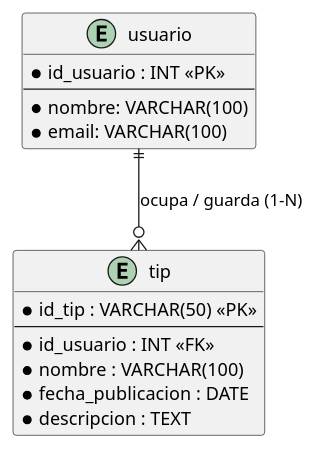
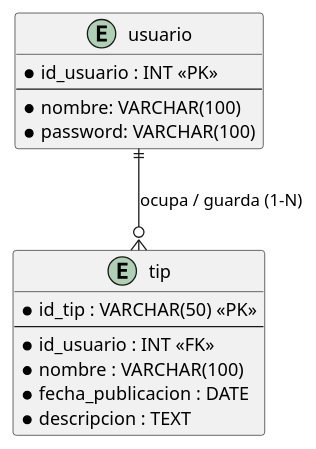
Before and after one commit to areyes4rmdfa-dev/Examen2Reyes: the diagram in Aprendizaje.puml, drawn with PlantUML.

Commit message:
Version 1 Examen Reyes IS 3

```diff
--- a/Aprendizaje.puml
+++ b/Aprendizaje.puml
@@ -2,22 +2,21 @@
 @startuml
 
 entity "usuario" as usuario {
     *id_usuario : INT <<PK>>
     --
     *nombre: VARCHAR(100)
-    *email: VARCHAR(100)
+    *password: VARCHAR(100)
 }
 
 entity "tip" as tip {
     *id_tip : VARCHAR(50) <<PK>>
     --
     *id_usuario : INT <<FK>>
     *nombre : VARCHAR(100)
     *fecha_publicacion : DATE
     *descripcion : TEXT
 }
 
-' Relación: Un usuario puede tener/guardar muchos tips (1-N)
 usuario ||--o{ tip : "ocupa / guarda (1-N)"
 
 @enduml
```
